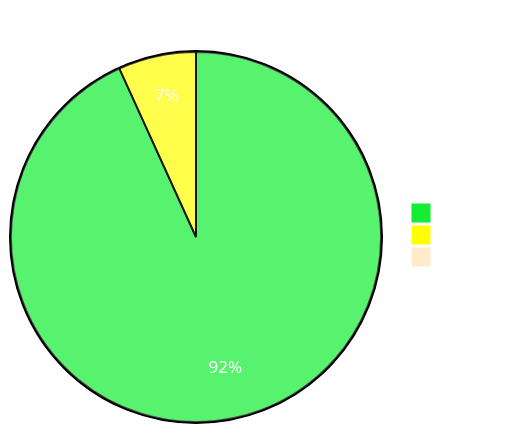
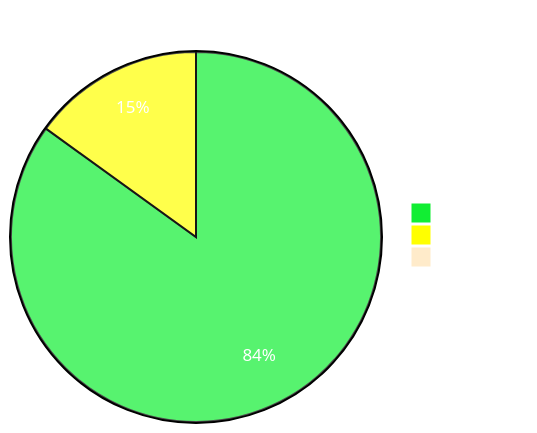
The diagram in Readme.md (sumanthtatipamula/Programming), drawn with Mermaid before and after one commit. The commit also changed 14 other files, not shown here.

````diff
--- a/Readme.md
+++ b/Readme.md
@@ -23,20 +23,20 @@
 ```mermaid
 %%{
   init:
   {
     'theme': 'base',
     'themeVariables':
       {
         'primaryTextColor': '#fff',
         'pie1': '#1E3',
         'pie2': '#FFFF00',
         'pie3': '#ffebca'
       }
   }
 }%%
 pie showData
     title Problems Solved Per Tag
     "Tree" : 96
-    "Graphs": 7
+    "Graphs": 17
     "Arrays": 1
 ```
````
